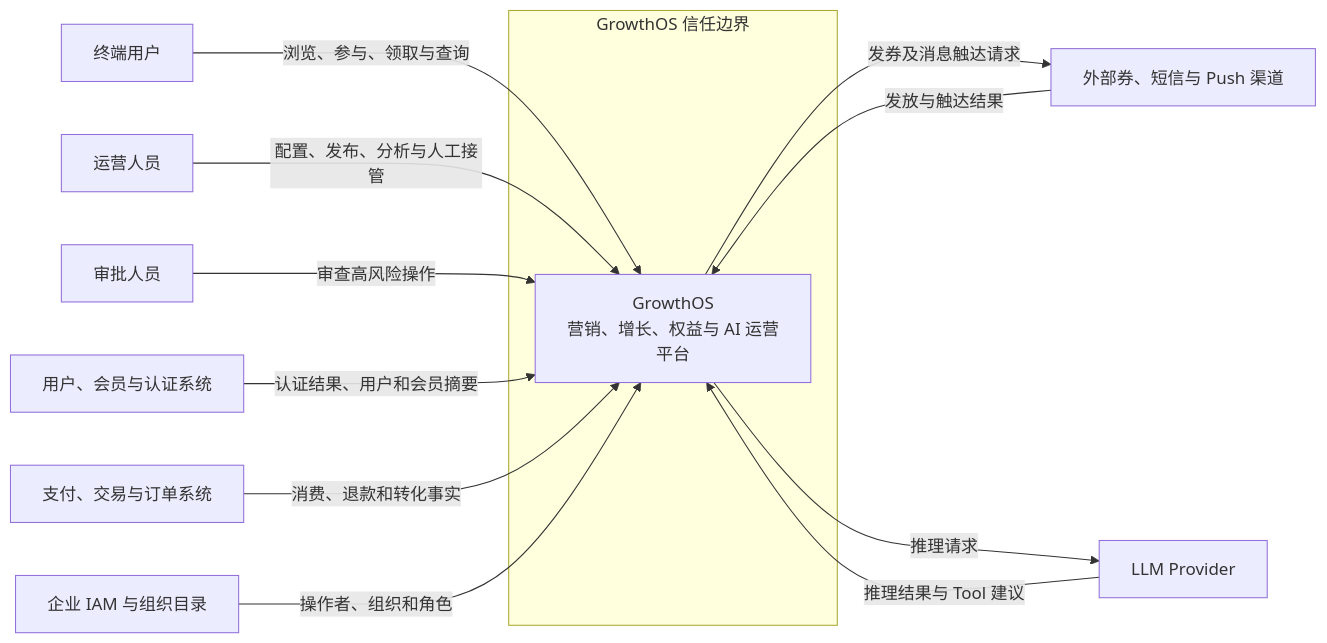
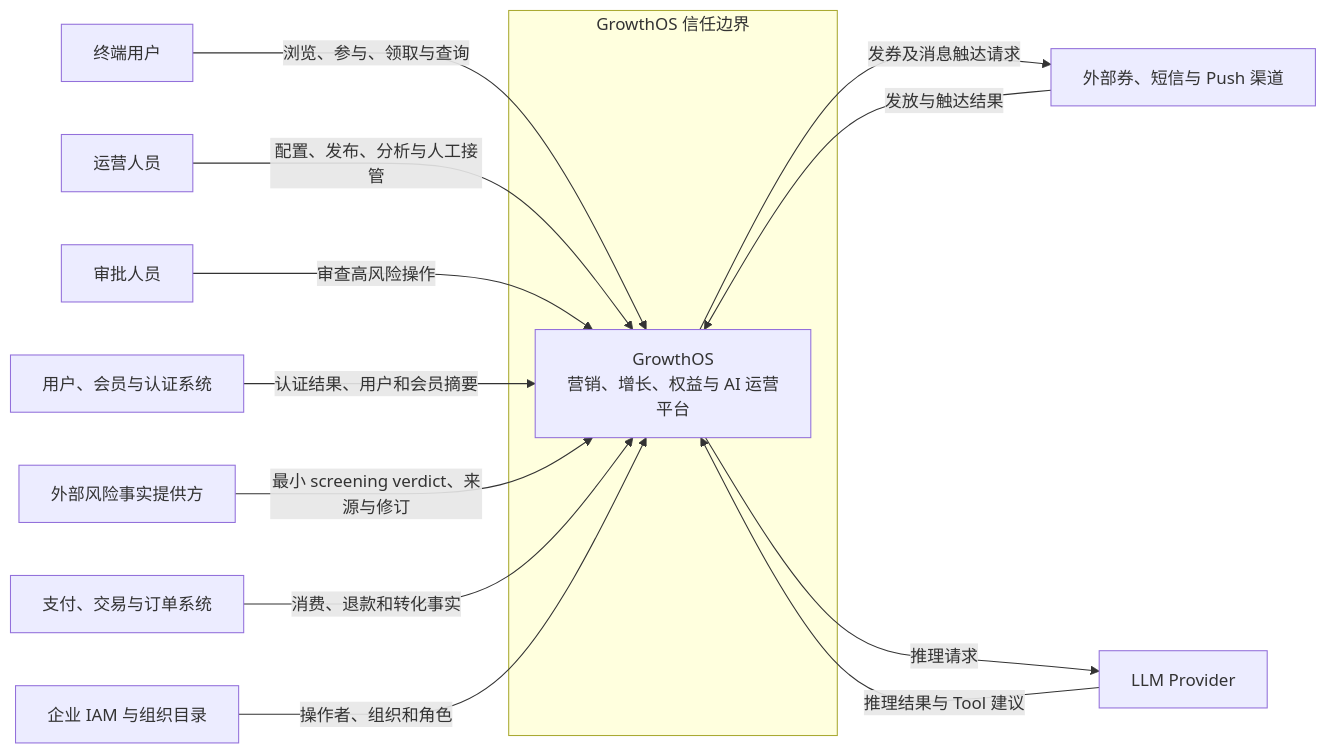
Before and after one commit to Atingaii/GrowthOS-Go: the second of 5 diagrams in docs/product/system-design-v0.md, drawn with Mermaid. The commit also changed other lines of this file and 1 other file, not shown here.

Commit message:
docs(architecture): map participation prerequisite ownership

````diff
--- a/docs/product/system-design-v0.md
+++ b/docs/product/system-design-v0.md
@@ -74,28 +74,30 @@
 ```mermaid
 flowchart LR
     CUSTOMER[终端用户]
     OPERATOR[运营人员]
     APPROVER[审批人员]
 
     subgraph TRUST[GrowthOS 信任边界]
         PLATFORM[GrowthOS\n营销、增长、权益与 AI 运营平台]
     end
 
     IAM[用户、会员与认证系统]
+    RISK[外部风险事实提供方]
     TRADE[支付、交易与订单系统]
     CHANNEL[外部券、短信与 Push 渠道]
     CORP[企业 IAM 与组织目录]
     LLM[LLM Provider]
 
     CUSTOMER -->|浏览、参与、领取与查询| PLATFORM
     OPERATOR -->|配置、发布、分析与人工接管| PLATFORM
     APPROVER -->|审查高风险操作| PLATFORM
 
     IAM -->|认证结果、用户和会员摘要| PLATFORM
+    RISK -->|最小 screening verdict、来源与修订| PLATFORM
     TRADE -->|消费、退款和转化事实| PLATFORM
     PLATFORM -->|发券及消息触达请求| CHANNEL
     CHANNEL -->|发放与触达结果| PLATFORM
     CORP -->|操作者、组织和角色| PLATFORM
     PLATFORM -->|推理请求| LLM
     LLM -->|推理结果与 Tool 建议| PLATFORM
 ```
````
